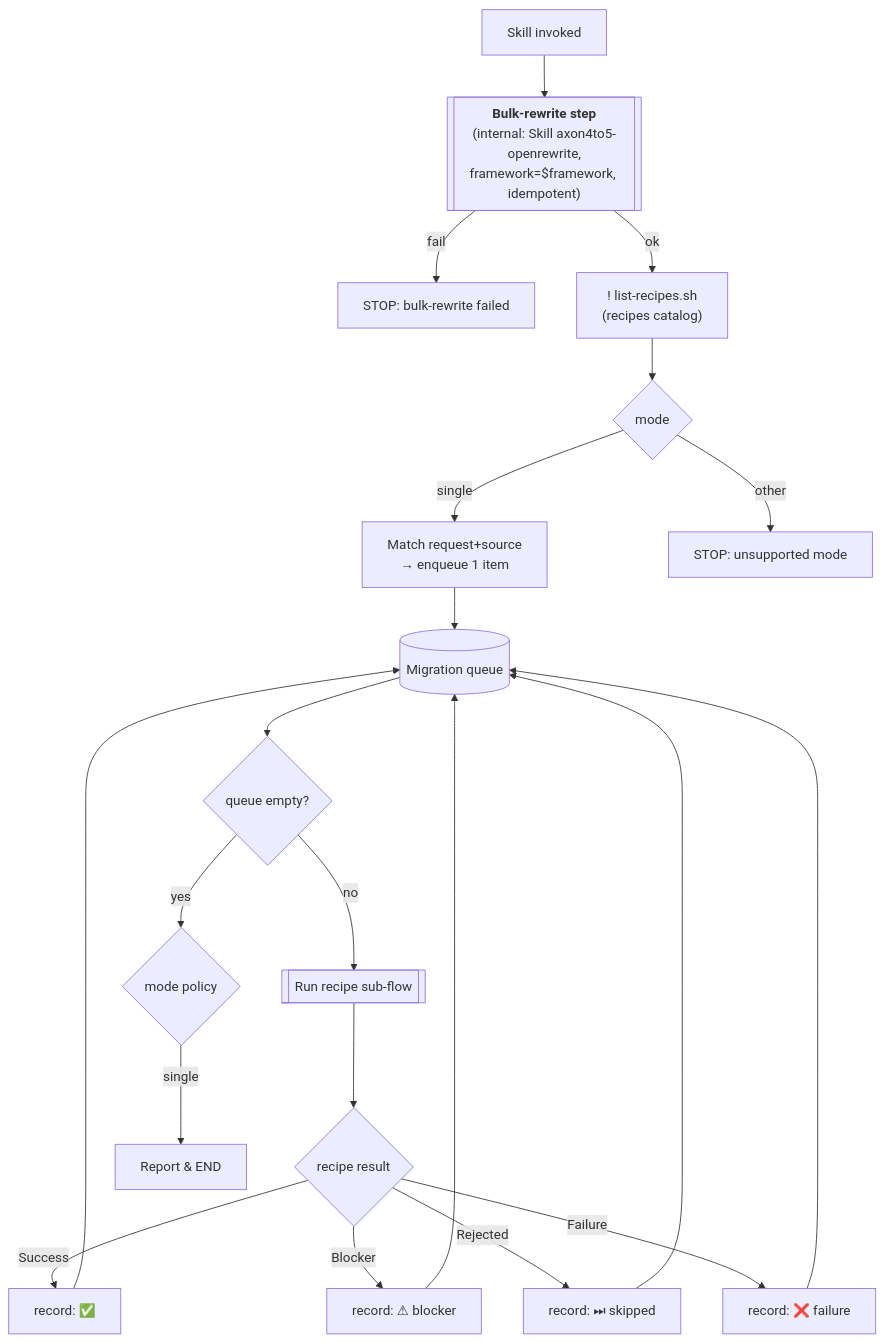
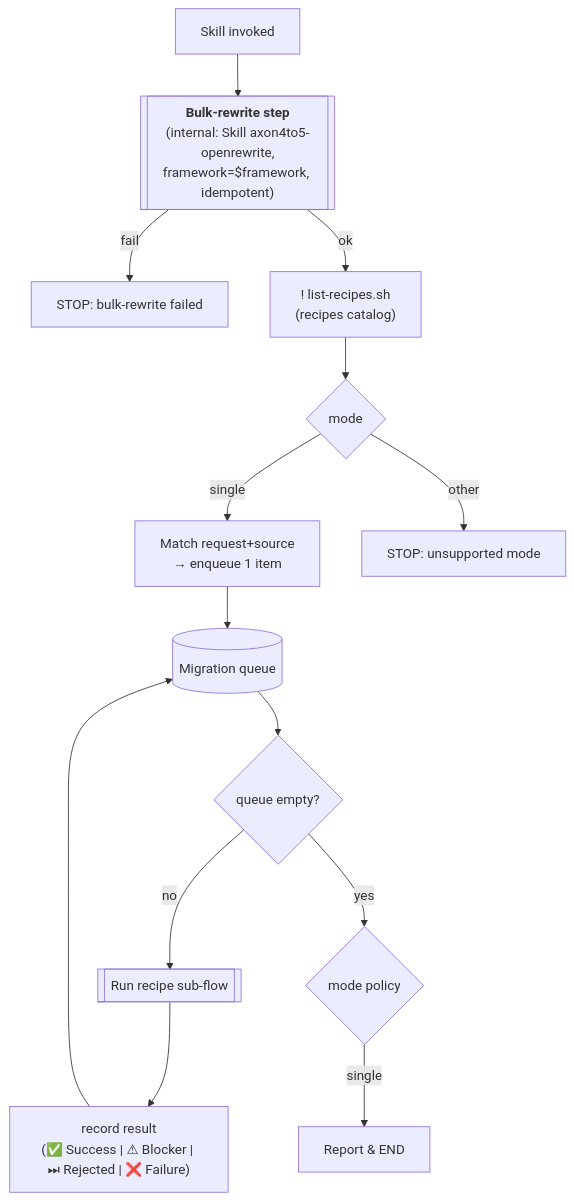
One commit to AxonIQ/agent-skills changed the first of 2 diagrams in skills/axon4to5-migrate/SKILL.md. Above: the diagram before and after it, drawn with Mermaid. The commit also changed other lines of this file and 23 other files, not shown here.

````diff
--- a/skills/axon4to5-migrate/SKILL.md
+++ b/skills/axon4to5-migrate/SKILL.md
@@ -69,29 +86,22 @@
 ```mermaid
 flowchart TD
     A[Skill invoked] --> ORW[["<b>Bulk-rewrite step</b><br/>(internal: Skill axon4to5-openrewrite,<br/>framework=$framework, idempotent)"]]
     ORW -- fail --> XORW[STOP: bulk-rewrite failed]
     ORW -- ok --> B["! list-recipes.sh<br/>(recipes catalog)"]
     B --> C{mode}
 
     %% mode-specific producers — all feed the same queue
     C -- single --> P1["Match request+source<br/>→ enqueue 1 item"]
     C -- other --> X[STOP: unsupported mode]
     P1 --> Q[(Migration queue)]
 
     %% shared processing loop
     Q --> L{queue empty?}
     L -- no --> W[[Run recipe sub-flow]]
-    W --> R{recipe result}
-    R -- Success --> REC["record: ✅"]
-    R -- Blocker --> REC2["record: ⚠ blocker"]
-    R -- Rejected --> REC3["record: ⏭ skipped"]
-    R -- Failure --> REC4["record: ❌ failure"]
+    W --> REC["record result<br/>(✅ Success | ⚠ Blocker | ⏭ Rejected | ❌ Failure)"]
     REC --> Q
-    REC2 --> Q
-    REC3 --> Q
-    REC4 --> Q
     L -- yes --> M{mode policy}
 
     %% empty-queue behavior per mode
     M -- single --> E["Report &amp; END"]
 ```
````
